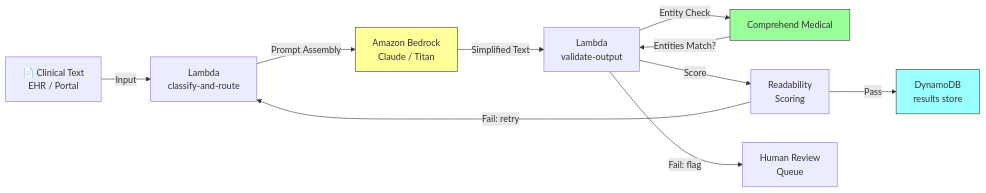
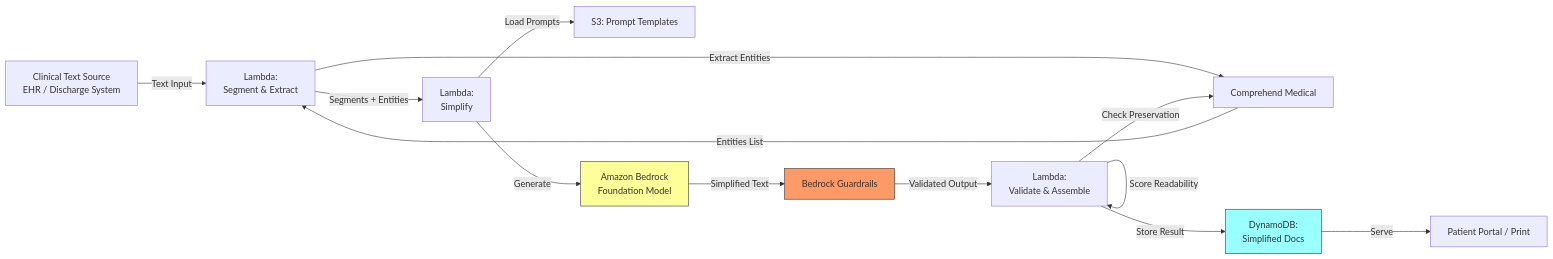
Before and after one commit to ccrngd1/HCLS-ai-book: the diagram in chapter02.02-medical-terminology-simplification.md, drawn with Mermaid. The commit also changed other lines of this file and 6 other files, not shown here.

````diff
--- a/chapter02.02-medical-terminology-simplification.md
+++ b/chapter02.02-medical-terminology-simplification.md
@@ -111,16 +109,19 @@
 ```mermaid
 flowchart LR
-    A[📄 Clinical Text\nEHR / Portal] -->|Input| B[Lambda\nclassify-and-route]
-    B -->|Prompt Assembly| C[Amazon Bedrock\nClaude / Titan]
-    C -->|Simplified Text| D[Lambda\nvalidate-output]
-    D -->|Entity Check| E[Comprehend Medical]
-    E -->|Entities Match?| D
-    D -->|Score| F[Readability\nScoring]
-    F -->|Pass| G[DynamoDB\nresults store]
-    F -->|Fail: retry| B
-    D -->|Fail: flag| H[Human Review\nQueue]
+    A[Clinical Text Source\nEHR / Discharge System] -->|Text Input| B[Lambda:\nSegment & Extract]
+    B -->|Extract Entities| C[Comprehend Medical]
+    C -->|Entities List| B
+    B -->|Segments + Entities| D[Lambda:\nSimplify]
+    D -->|Load Prompts| E[S3: Prompt Templates]
+    D -->|Generate| F[Amazon Bedrock\nFoundation Model]
+    F -->|Simplified Text| G[Bedrock Guardrails]
+    G -->|Validated Output| H[Lambda:\nValidate & Assemble]
+    H -->|Check Preservation| C
+    H -->|Score Readability| H
+    H -->|Store Result| I[DynamoDB:\nSimplified Docs]
+    I -->|Serve| J[Patient Portal / Print]
 
-    style C fill:#ff9,stroke:#333
-    style E fill:#9f9,stroke:#333
-    style G fill:#9ff,stroke:#333
+    style F fill:#ff9,stroke:#333
+    style G fill:#f96,stroke:#333
+    style I fill:#9ff,stroke:#333
 ```
````
